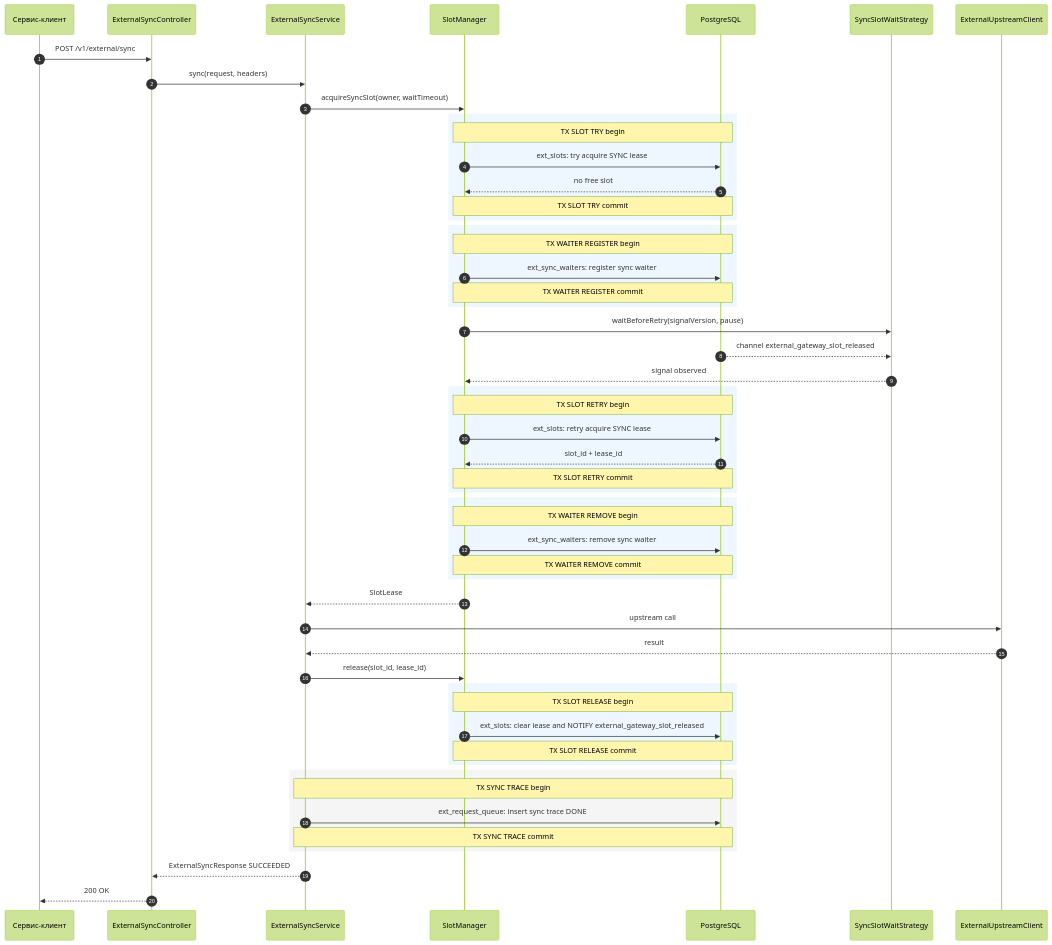
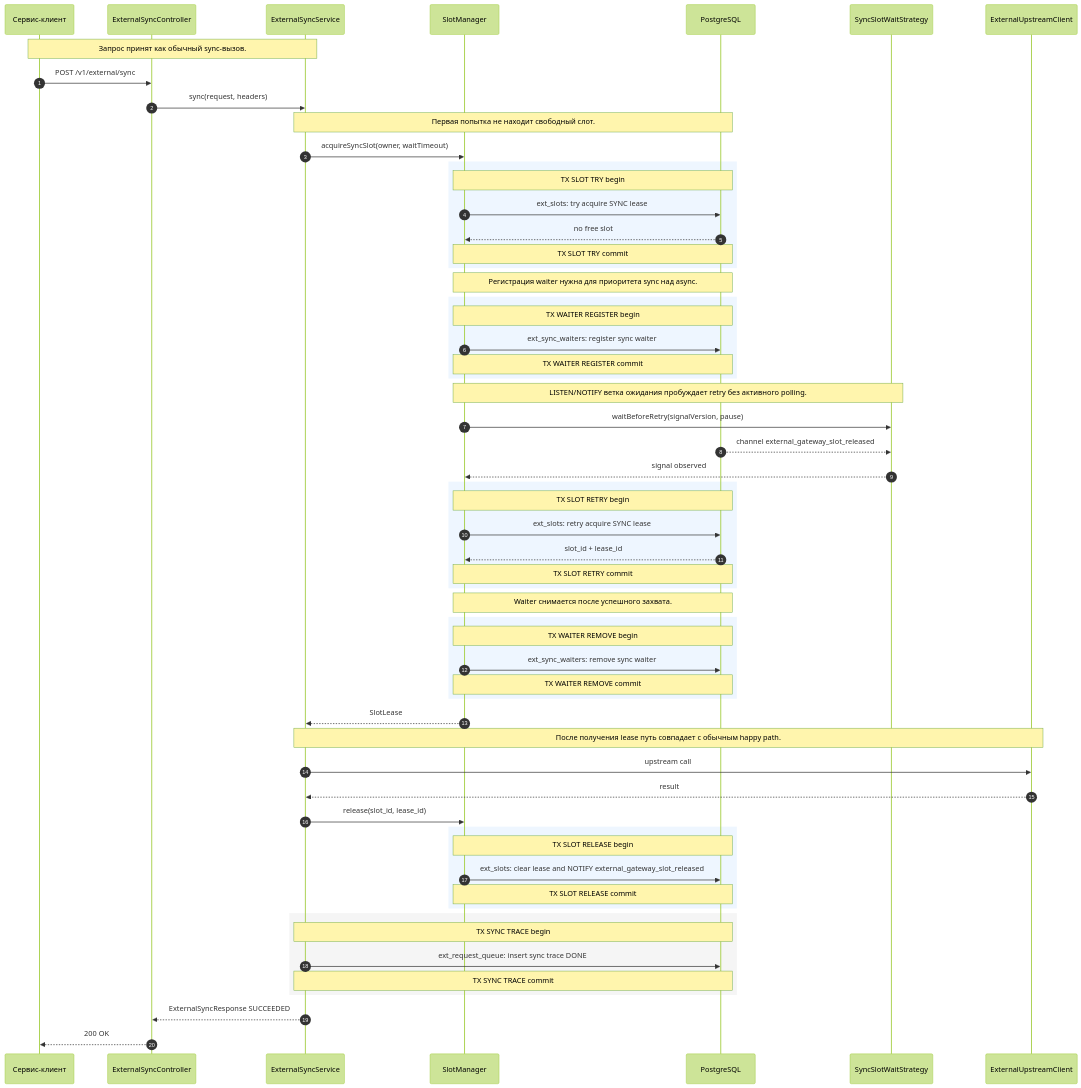
The second of 7 diagrams in docs/external-service-gateway/architecture/05-sequence-sync.md (DenisVanin4402/TestQwenCli), drawn with Mermaid (forest theme) before and after one commit. The commit also changed other lines of this file and 2 other files, not shown here.

Commit message:
диаграммы обновлены детализацией sequence

````diff
--- a/docs/external-service-gateway/architecture/05-sequence-sync.md
+++ b/docs/external-service-gateway/architecture/05-sequence-sync.md
@@ -55,56 +80,62 @@
 ```mermaid
 sequenceDiagram
     autonumber
     participant Client as Сервис-клиент
     participant API as ExternalSyncController
     participant Sync as ExternalSyncService
     participant Slots as SlotManager
     participant DB as PostgreSQL
     participant Wait as SyncSlotWaitStrategy
     participant Upstream as ExternalUpstreamClient
 
+    Note over Client,Sync: Запрос принят как обычный sync-вызов.
     Client->>API: POST /v1/external/sync
     API->>Sync: sync(request, headers)
+    Note over Sync,DB: Первая попытка не находит свободный слот.
     Sync->>Slots: acquireSyncSlot(owner, waitTimeout)
     rect rgb(238, 246, 255)
         Note over Slots,DB: TX SLOT TRY begin
         Slots->>DB: ext_slots: try acquire SYNC lease
         DB-->>Slots: no free slot
         Note over Slots,DB: TX SLOT TRY commit
     end
+    Note over Slots,DB: Регистрация waiter нужна для приоритета sync над async.
     rect rgb(238, 246, 255)
         Note over Slots,DB: TX WAITER REGISTER begin
         Slots->>DB: ext_sync_waiters: register sync waiter
         Note over Slots,DB: TX WAITER REGISTER commit
     end
+    Note over Slots,Wait: LISTEN/NOTIFY ветка ожидания пробуждает retry без активного polling.
     Slots->>Wait: waitBeforeRetry(signalVersion, pause)
     DB-->>Wait: channel external_gateway_slot_released
     Wait-->>Slots: signal observed
     rect rgb(238, 246, 255)
         Note over Slots,DB: TX SLOT RETRY begin
         Slots->>DB: ext_slots: retry acquire SYNC lease
         DB-->>Slots: slot_id + lease_id
         Note over Slots,DB: TX SLOT RETRY commit
     end
+    Note over Slots,DB: Waiter снимается после успешного захвата.
     rect rgb(238, 246, 255)
         Note over Slots,DB: TX WAITER REMOVE begin
         Slots->>DB: ext_sync_waiters: remove sync waiter
         Note over Slots,DB: TX WAITER REMOVE commit
     end
     Slots-->>Sync: SlotLease
+    Note over Sync,Upstream: После получения lease путь совпадает с обычным happy path.
     Sync->>Upstream: upstream call
     Upstream-->>Sync: result
     Sync->>Slots: release(slot_id, lease_id)
     rect rgb(238, 246, 255)
         Note over Slots,DB: TX SLOT RELEASE begin
         Slots->>DB: ext_slots: clear lease and NOTIFY external_gateway_slot_released
         Note over Slots,DB: TX SLOT RELEASE commit
     end
     rect rgb(245, 245, 245)
         Note over Sync,DB: TX SYNC TRACE begin
         Sync->>DB: ext_request_queue: insert sync trace DONE
         Note over Sync,DB: TX SYNC TRACE commit
     end
     Sync-->>API: ExternalSyncResponse SUCCEEDED
     API-->>Client: 200 OK
 ```
````
